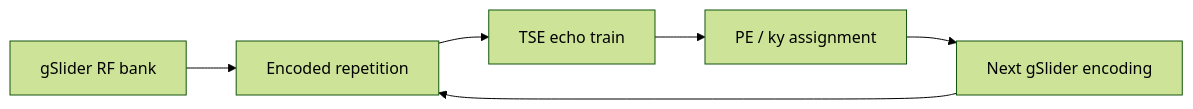
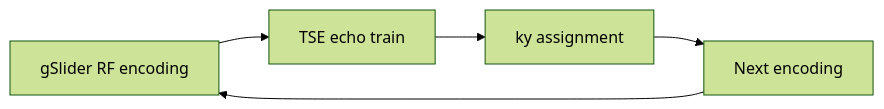
Before and after one commit to BennyZhang-Codes/tse-pulseq-matlab: the diagram in docs/guide/gslider-traps.md, drawn with Mermaid (forest theme). The commit also changed other lines of this file, not shown here.

Commit message:
docs: make gSlider page focus on gSlider-TSE

````diff
--- a/docs/guide/gslider-traps.md
+++ b/docs/guide/gslider-traps.md
@@ -65,8 +34,7 @@
 ```mermaid
 flowchart LR
-    A[gSlider RF bank] --> B[Encoded repetition]
-    B --> C[TSE echo train]
-    C --> D[PE / ky assignment]
-    D --> E[Next gSlider encoding]
-    E --> B
+    A[gSlider RF encoding] --> B[TSE echo train]
+    B --> C[ky assignment]
+    C --> D[Next encoding]
+    D --> A
 ```
````
